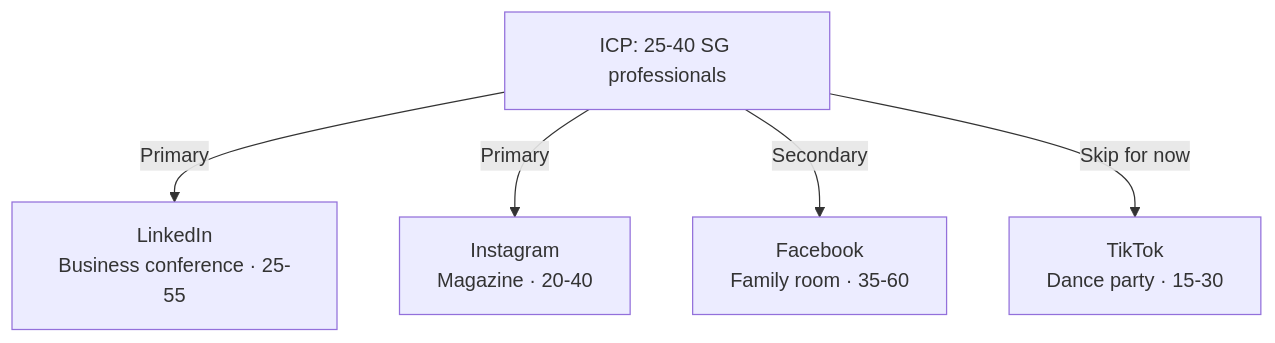
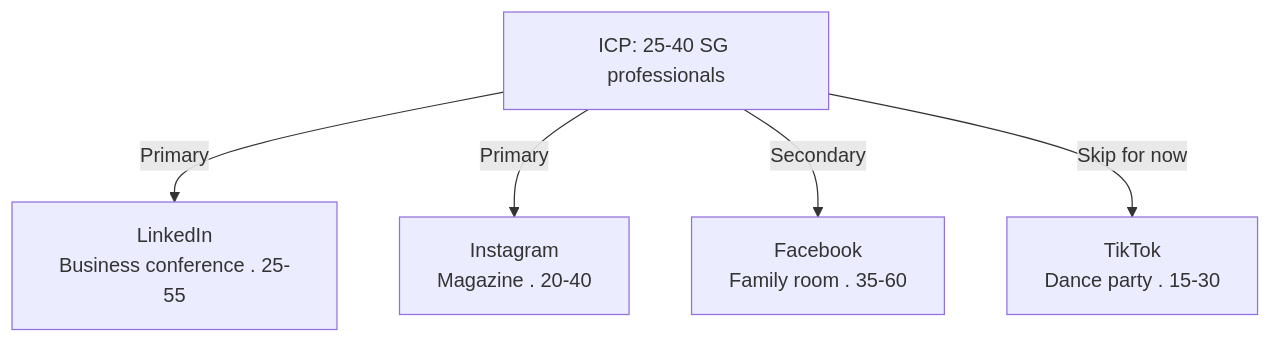
Before and after one commit to leotansingapore/aia-product-compass-hub: the second of 2 diagrams in docs/first-60-days/week-7/day-40.md, drawn with Mermaid. The commit also changed other lines of this file and 75 other files, not shown here.

````diff
--- a/docs/first-60-days/week-7/day-40.md
+++ b/docs/first-60-days/week-7/day-40.md
@@ -96,12 +96,12 @@
 ```mermaid
 flowchart TD
     ICP["ICP: 25-40 SG professionals"]
-    LI["LinkedIn<br/>Business conference · 25-55"]
-    IG["Instagram<br/>Magazine · 20-40"]
-    FB["Facebook<br/>Family room · 35-60"]
-    TT["TikTok<br/>Dance party · 15-30"]
+    LI["LinkedIn<br/>Business conference . 25-55"]
+    IG["Instagram<br/>Magazine . 20-40"]
+    FB["Facebook<br/>Family room . 35-60"]
+    TT["TikTok<br/>Dance party . 15-30"]
     ICP -->|"Primary"| LI
     ICP -->|"Primary"| IG
     ICP -->|"Secondary"| FB
     ICP -->|"Skip for now"| TT
 ```
````
